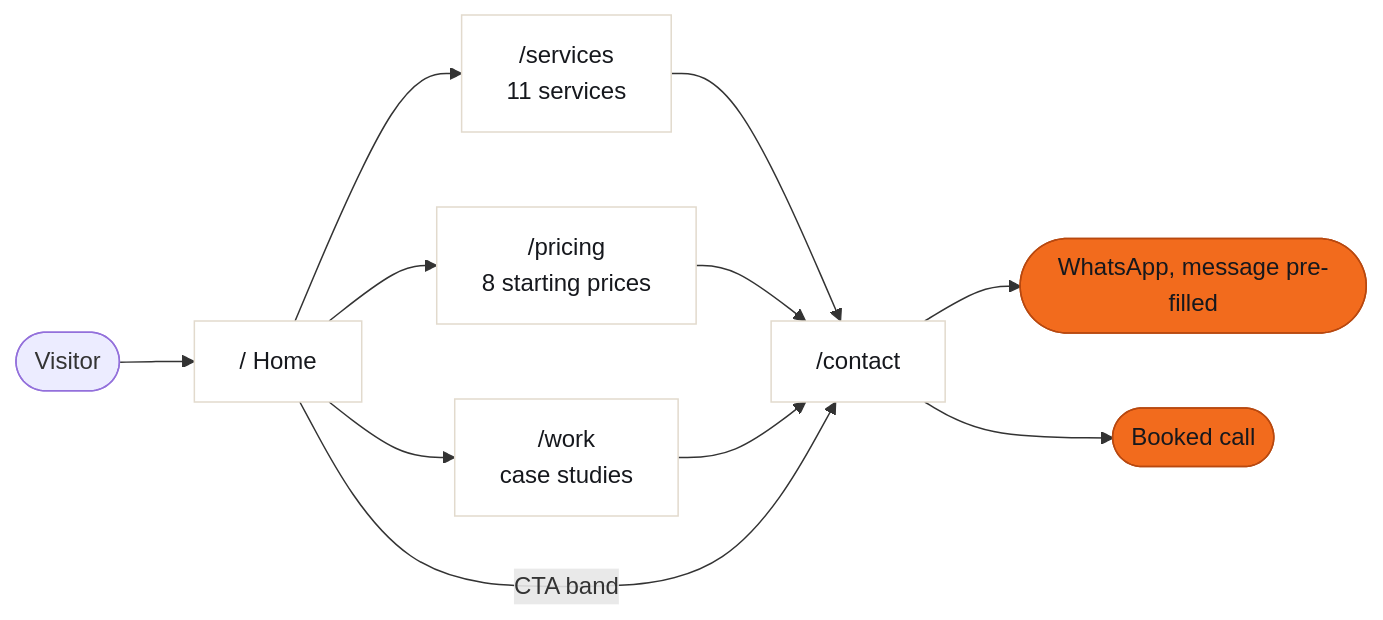
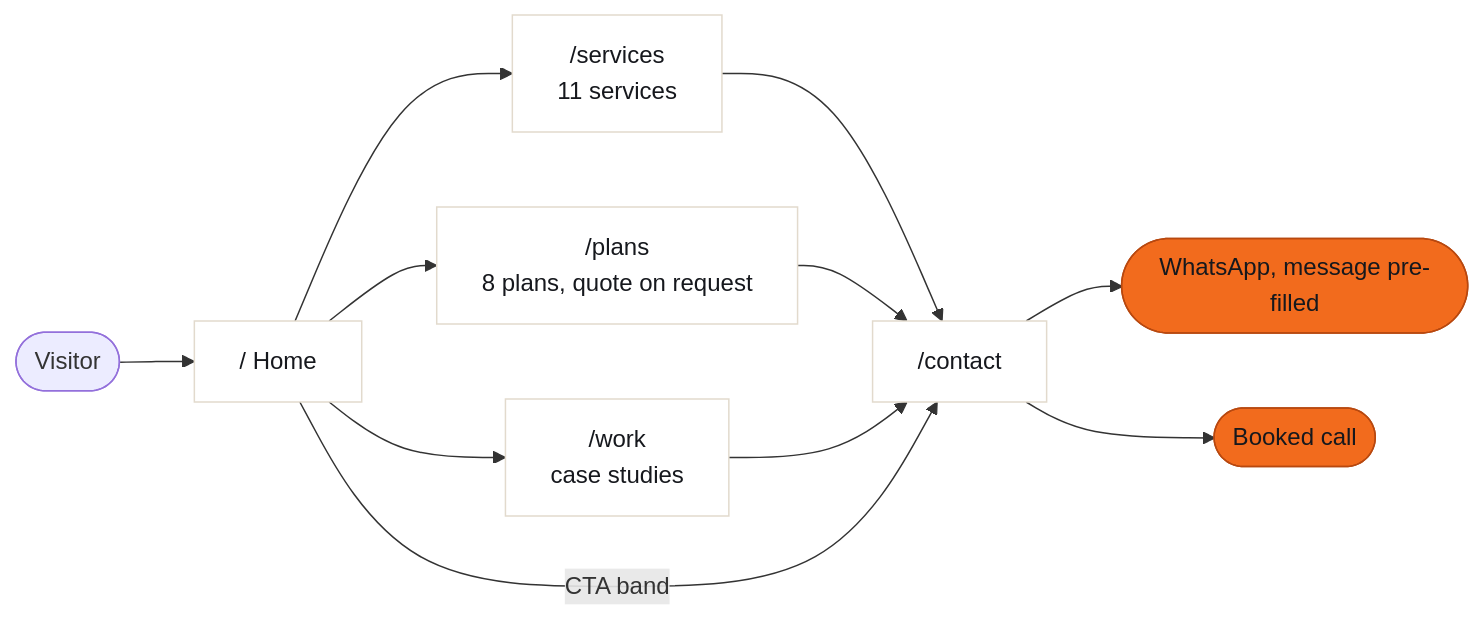
The first of 4 diagrams in README.md (engKhaledalwaked/Rawaj), drawn with Mermaid before and after one commit. The commit also changed other lines of this file and 26 other files, not shown here.

First line of the commit message:
Add 3D hero, scroll motion and plans without prices

````diff
--- a/README.md
+++ b/README.md
@@ -54,18 +54,18 @@
 ```mermaid
 flowchart LR
     V([Visitor]) --> H["/ Home"]
     H --> S["/services<br>11 services"]
-    H --> P["/pricing<br>8 starting prices"]
+    H --> P["/plans<br>8 plans, quote on request"]
     H --> W["/work<br>case studies"]
     S --> C["/contact"]
     P --> C
     W --> C
     H -- "CTA band" --> C
     C --> WA([WhatsApp, message pre-filled])
     C --> B([Booked call])
 
     classDef goal fill:#F26B1D,stroke:#B8480F,color:#16181D
     classDef page fill:#FFFFFF,stroke:#E2DACD,color:#16181D
     class WA,B goal
     class H,S,P,W,C page
 ```
````
